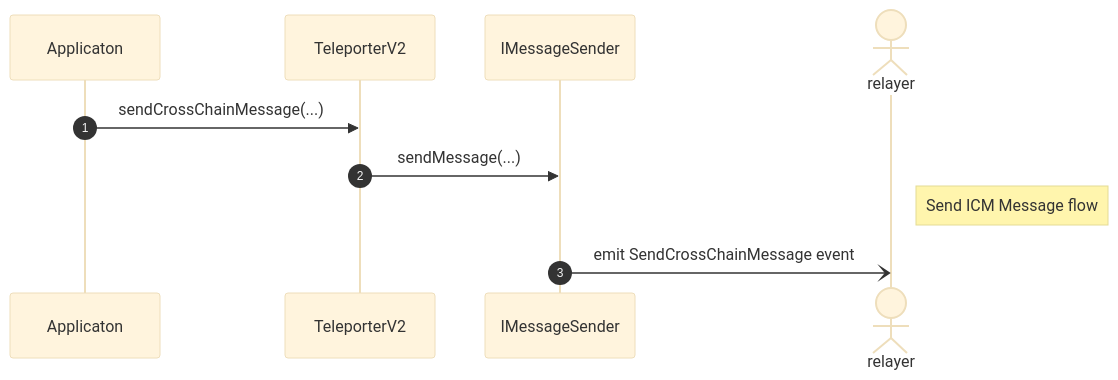
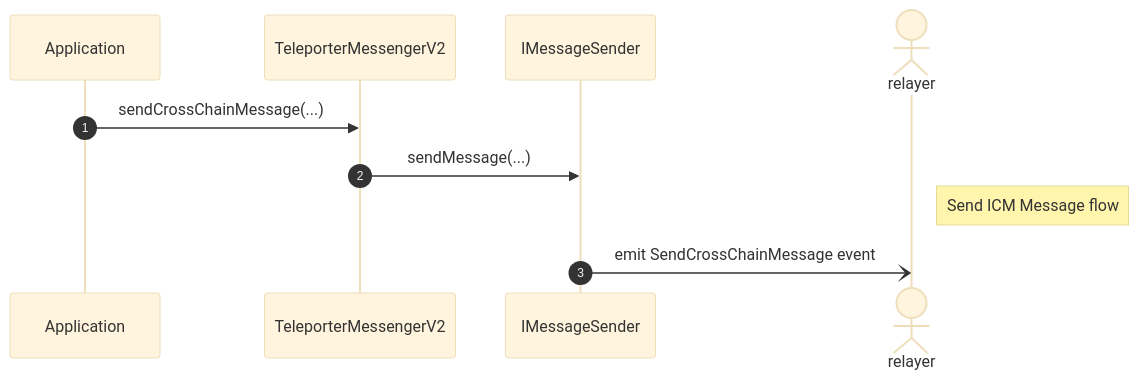
One commit to ava-labs/icm-services changed the third of 3 diagrams in docs/external-interop/teleporter_contracts.md. Above: the diagram before and after it, drawn with Mermaid (base theme). The commit also changed other lines of this file and 2 other files, not shown here.

````diff
--- a/docs/external-interop/teleporter_contracts.md
+++ b/docs/external-interop/teleporter_contracts.md
@@ -112,9 +92,9 @@
 ```mermaid
 sequenceDiagram
 autonumber
-Applicaton->>TeleporterV2: sendCrossChainMessage(...)
-TeleporterV2->>IMessageSender: sendMessage(...)
+Application->>TeleporterMessengerV2: sendCrossChainMessage(...)
+TeleporterMessengerV2->>IMessageSender: sendMessage(...)
 actor relayer
 note right of relayer: Send ICM Message flow
 IMessageSender-) relayer: emit SendCrossChainMessage event
 ```
````
